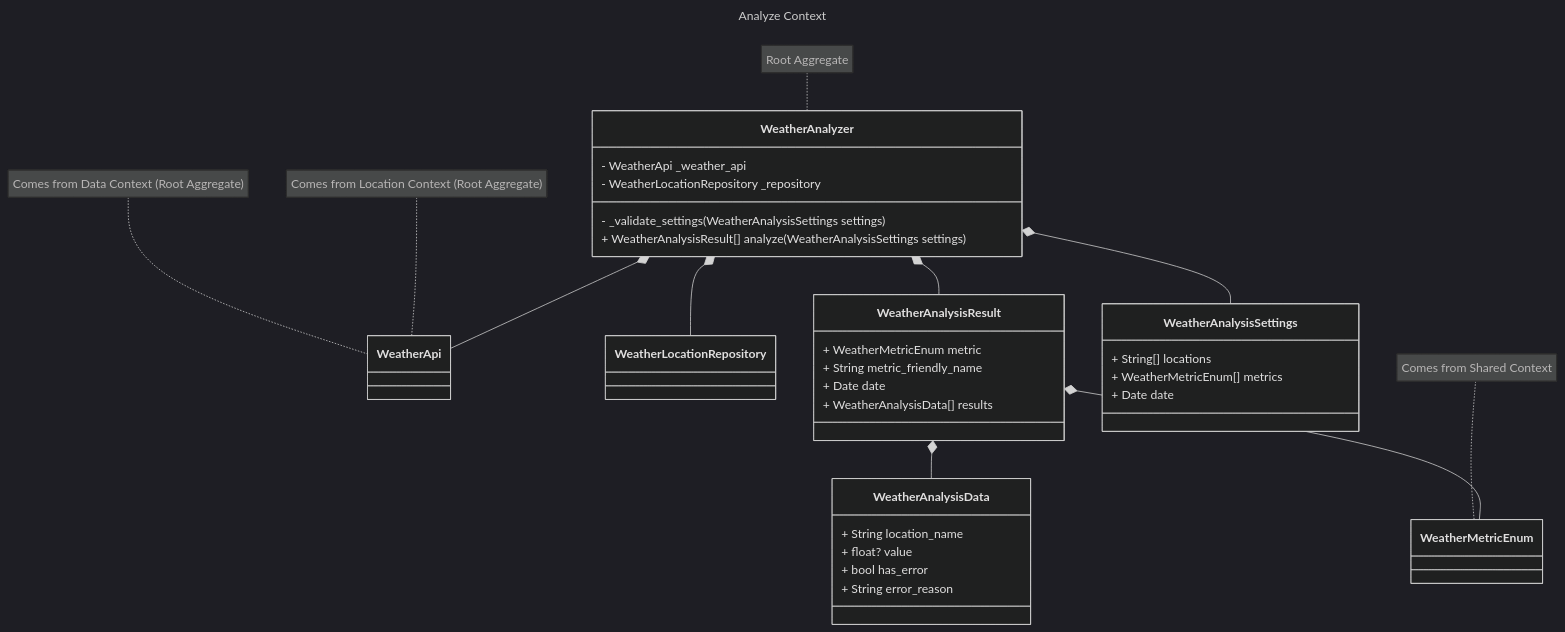
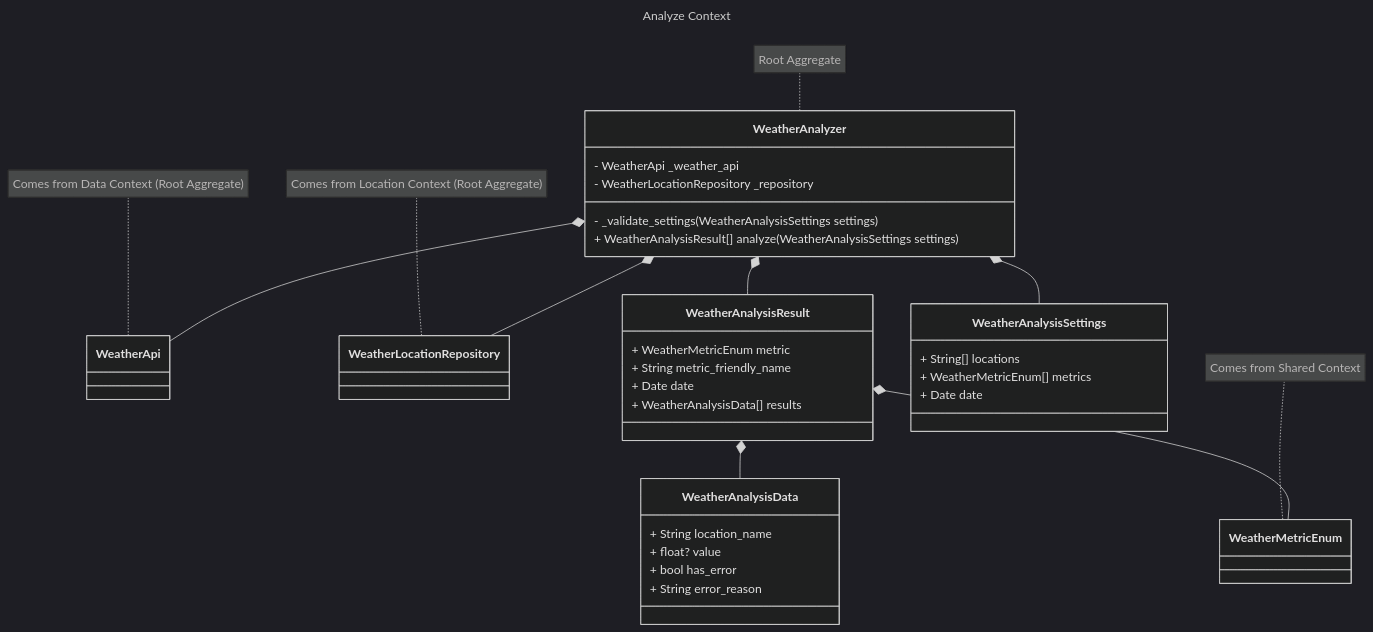
The third of 5 diagrams in doc/architecture.md (yhutter-dv/fhgr-tweather), drawn with Mermaid (dark theme) before and after one commit.

Commit message:
Update Architecture.

````diff
--- a/doc/architecture.md
+++ b/doc/architecture.md
@@ -64,57 +64,57 @@
 ```mermaid
 ---
 title: Analyze Context
 ---
 classDiagram
 
     WeatherAnalyzer *-- WeatherApi
     WeatherAnalyzer *-- WeatherLocationRepository
     WeatherAnalyzer *-- WeatherAnalysisResult
     WeatherAnalyzer *-- WeatherAnalysisSettings
     WeatherAnalysisResult *-- WeatherAnalysisData
     WeatherAnalysisResult *-- WeatherMetricEnum
  
     note for WeatherApi "Comes from Data Context (Root Aggregate)"
     class WeatherApi {
         
     }
 
-    note for WeatherApi "Comes from Location Context (Root Aggregate)"
+    note for WeatherLocationRepository "Comes from Location Context (Root Aggregate)"
     class WeatherLocationRepository {
         
     }
 
     note for WeatherMetricEnum "Comes from Shared Context"
     class WeatherMetricEnum {
         
     }
 
     note for WeatherAnalyzer "Root Aggregate"
     class WeatherAnalyzer {
         - WeatherApi _weather_api
         - WeatherLocationRepository _repository
         - _validate_settings(WeatherAnalysisSettings settings)
         + WeatherAnalysisResult[] analyze(WeatherAnalysisSettings settings)
     }
 
     class WeatherAnalysisSettings {
         + String[] locations
         + WeatherMetricEnum[] metrics
         + Date date
     }
 
 
     class WeatherAnalysisResult {
         + WeatherMetricEnum metric
         + String metric_friendly_name
         + Date date
         + WeatherAnalysisData[] results
     }
 
     class WeatherAnalysisData {
         + String location_name
         + float? value
         + bool has_error
         + String error_reason
     }
 ```
````
